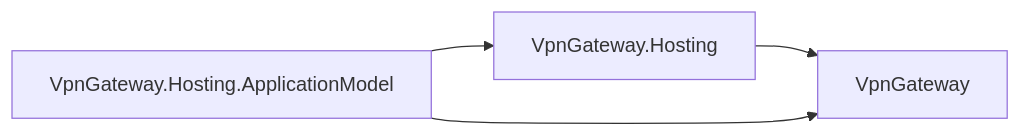
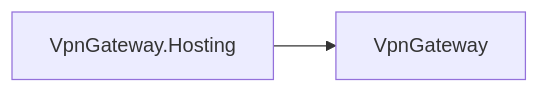
One commit to assimalign/cohesion changed diagram 27 of 27 in docs/DEPENDENCIES.md. Above: the diagram before and after it, drawn with Mermaid. The commit also changed other lines of this file and 144 other files, not shown here.

First line of the commit message:
feat(fabric): add the fabric/ root with base application-model contracts

````diff
--- a/docs/DEPENDENCIES.md
+++ b/docs/DEPENDENCIES.md
@@ -999,9 +984,6 @@
 ```mermaid
 flowchart LR
     N0["VpnGateway"]
     N1["VpnGateway.Hosting"]
-    N2["VpnGateway.Hosting.ApplicationModel"]
     N1 --> N0
-    N2 --> N0
-    N2 --> N1
 ```
````
